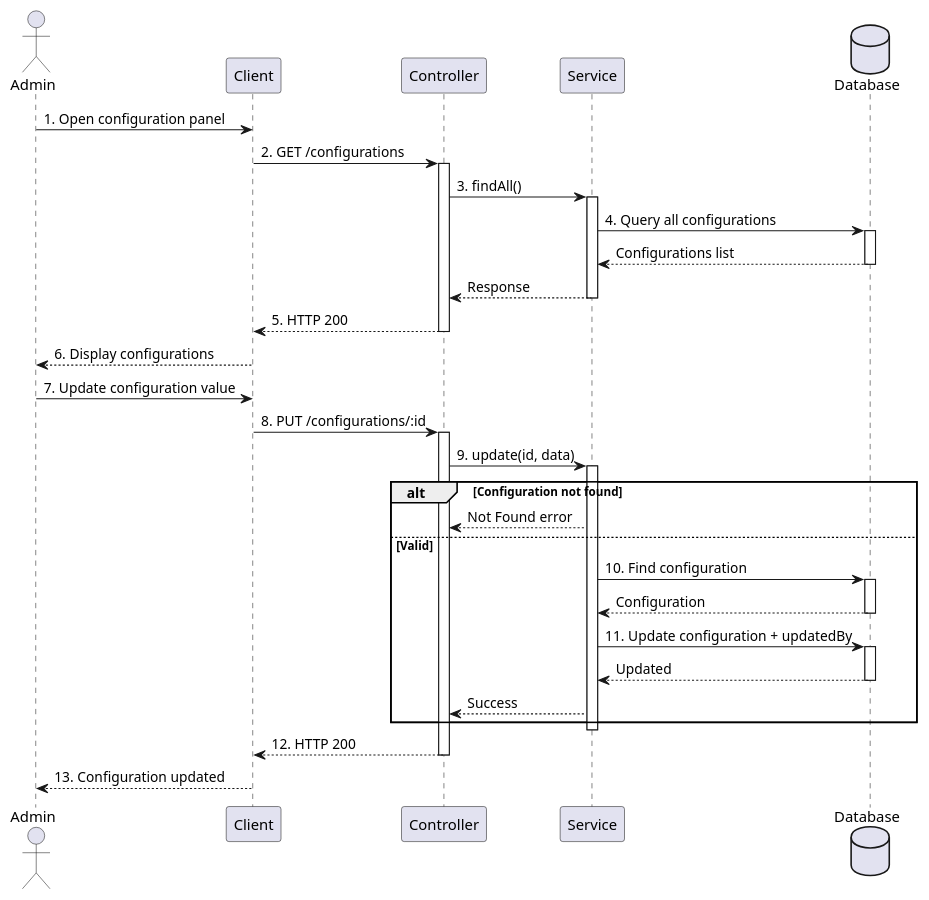
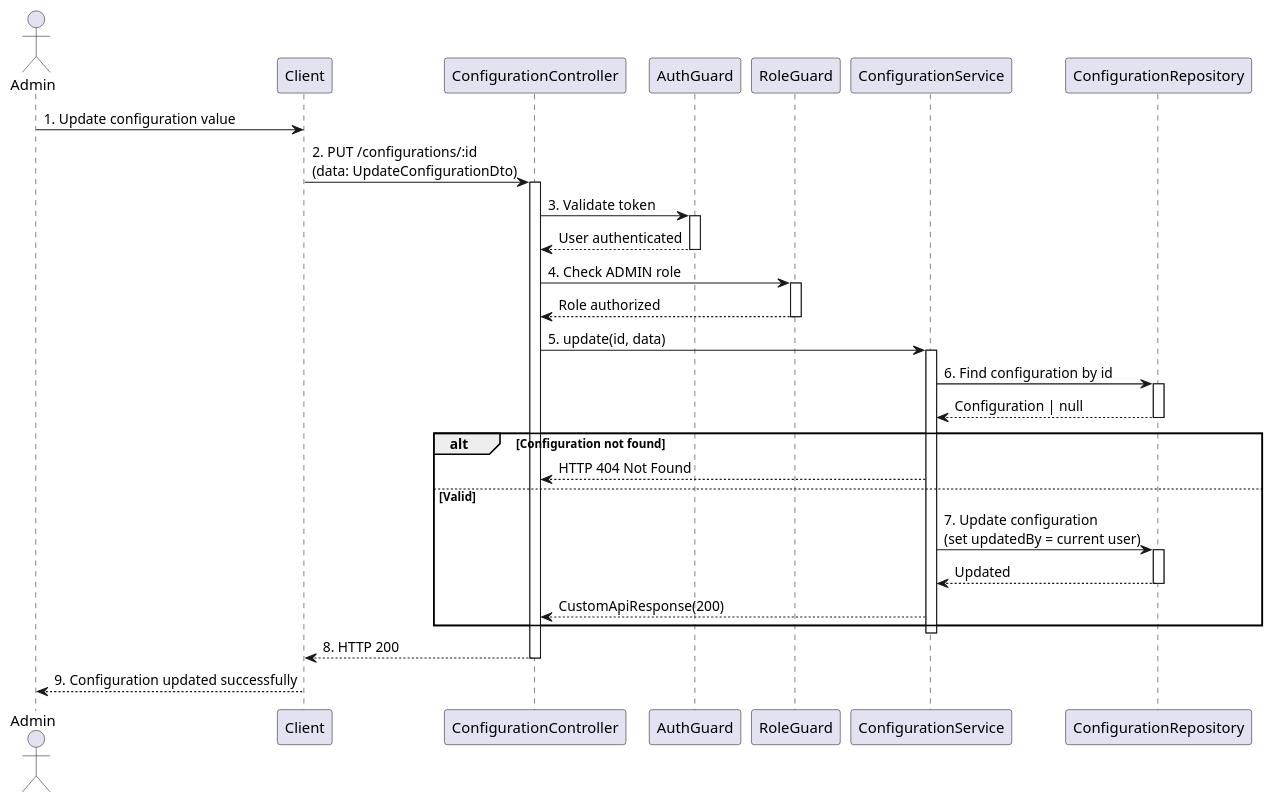
Before and after one commit to gs4lthung/capstone-project-be: the diagram in diagrams/details/update-configuration/sequence.puml, drawn with PlantUML. The commit also changed 107 other files, not shown here.

First line of the commit message:
Add sequence diagrams for course, lesson, subject, and achievement management

```diff
--- a/diagrams/details/update-configuration/sequence.puml
+++ b/diagrams/details/update-configuration/sequence.puml
@@ -1,59 +1,51 @@
 @startuml UpdateConfigurationSequenceDiagram
 
 actor "Admin" as admin
 participant "Client" as client
-participant "Controller" as controller
-participant "Service" as service
-database "Database" as db
+participant "ConfigurationController" as controller
+participant "AuthGuard" as authGuard
+participant "RoleGuard" as roleGuard
+participant "ConfigurationService" as service
+participant "ConfigurationRepository" as repo
 
-admin -> client: 1. Open configuration panel
-client -> controller: 2. GET /configurations
+admin -> client: 1. Update configuration value
+client -> controller: 2. PUT /configurations/:id\n(data: UpdateConfigurationDto)
 activate controller
 
-controller -> service: 3. findAll()
+controller -> authGuard: 3. Validate token
+activate authGuard
+authGuard --> controller: User authenticated
+deactivate authGuard
+
+controller -> roleGuard: 4. Check ADMIN role
+activate roleGuard
+roleGuard --> controller: Role authorized
+deactivate roleGuard
+
+controller -> service: 5. update(id, data)
 activate service
 
-service -> db: 4. Query all configurations
-activate db
-db --> service: Configurations list
-deactivate db
-
-service --> controller: Response
-deactivate service
-
-controller --> client: 5. HTTP 200
-deactivate controller
-
-client --> admin: 6. Display configurations
-
-admin -> client: 7. Update configuration value
-client -> controller: 8. PUT /configurations/:id
-activate controller
-
-controller -> service: 9. update(id, data)
-activate service
+service -> repo: 6. Find configuration by id
+activate repo
+repo --> service: Configuration | null
+deactivate repo
 
 alt Configuration not found
-    service --> controller: Not Found error
+    service --> controller: HTTP 404 Not Found
 else Valid
-    service -> db: 10. Find configuration
-    activate db
-    db --> service: Configuration
-    deactivate db
+    service -> repo: 7. Update configuration\n(set updatedBy = current user)
+    activate repo
+    repo --> service: Updated
+    deactivate repo
 
-    service -> db: 11. Update configuration + updatedBy
-    activate db
-    db --> service: Updated
-    deactivate db
-
-    service --> controller: Success
+    service --> controller: CustomApiResponse(200)
 end
 
 deactivate service
 
-controller --> client: 12. HTTP 200
+controller --> client: 8. HTTP 200
 deactivate controller
 
-client --> admin: 13. Configuration updated
+client --> admin: 9. Configuration updated successfully
 
 @enduml
```
